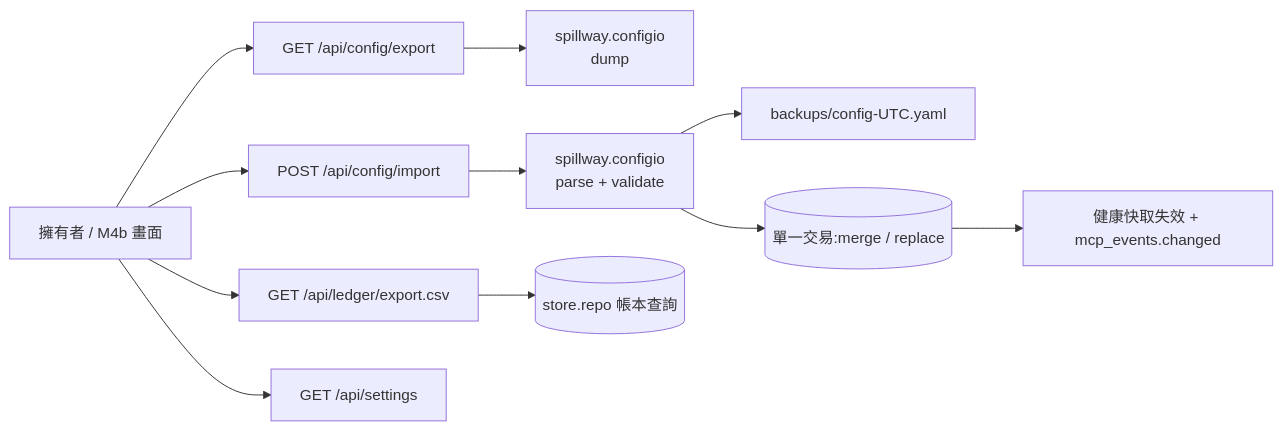
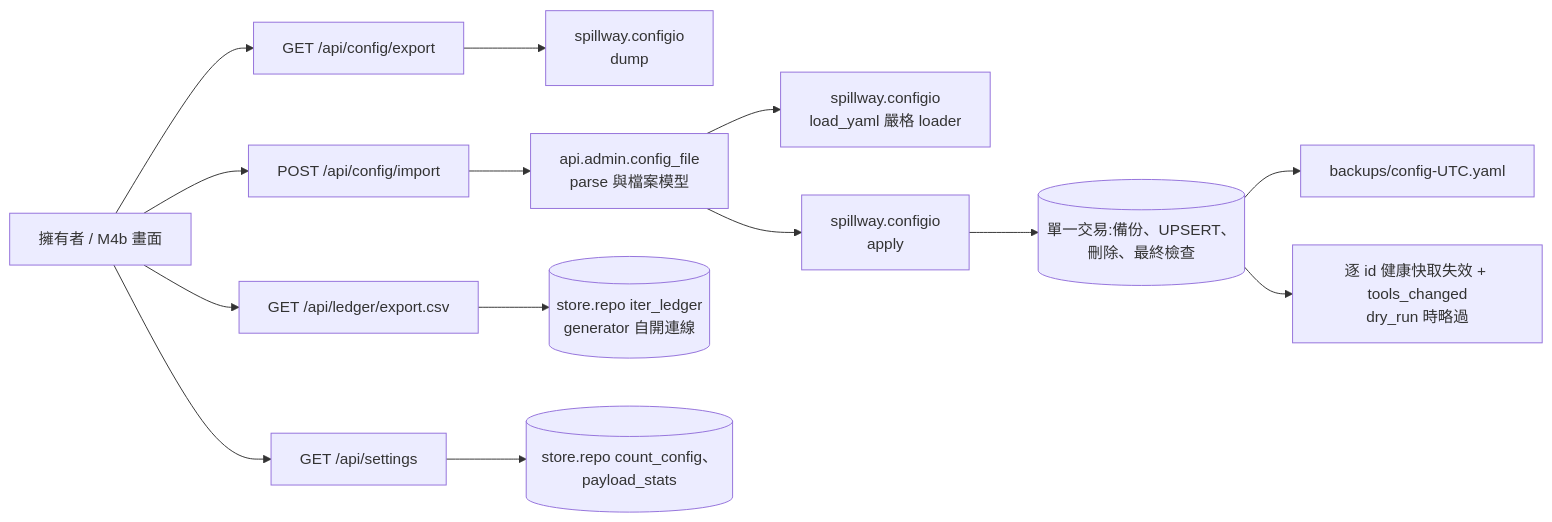
One commit to kamira/spillway changed the first of 3 diagrams in sdlc_docs/changes/CHG-20261102-02.md. Above: the diagram before and after it, drawn with Mermaid. The commit also changed other lines of this file and 1 other file, not shown here.

````diff
--- a/sdlc_docs/changes/CHG-20261102-02.md
+++ b/sdlc_docs/changes/CHG-20261102-02.md
@@ -59,13 +62,16 @@
 ```mermaid
 flowchart LR
   OWN[擁有者 / M4b 畫面] --> EXP[GET /api/config/export]
   OWN --> IMP[POST /api/config/import]
   OWN --> CSV[GET /api/ledger/export.csv]
   OWN --> SET[GET /api/settings]
   EXP --> CIO[spillway.configio<br/>dump]
-  IMP --> CIO2[spillway.configio<br/>parse + validate]
-  CIO2 --> BK[backups/config-UTC.yaml]
-  CIO2 --> TX[(單一交易:merge / replace)]
-  TX --> EV[健康快取失效 + mcp_events.changed]
-  CSV --> REPO[(store.repo 帳本查詢)]
+  IMP --> CF[api.admin.config_file<br/>parse 與檔案模型]
+  CF --> LY[spillway.configio<br/>load_yaml 嚴格 loader]
+  CF --> AP[spillway.configio<br/>apply]
+  AP --> TX[(單一交易:備份、UPSERT、刪除、最終檢查)]
+  TX --> BK[backups/config-UTC.yaml]
+  TX --> EV[逐 id 健康快取失效 + tools_changed<br/>dry_run 時略過]
+  CSV --> REPO[(store.repo iter_ledger<br/>generator 自開連線)]
+  SET --> CNT[(store.repo count_config、payload_stats)]
 ```
````
